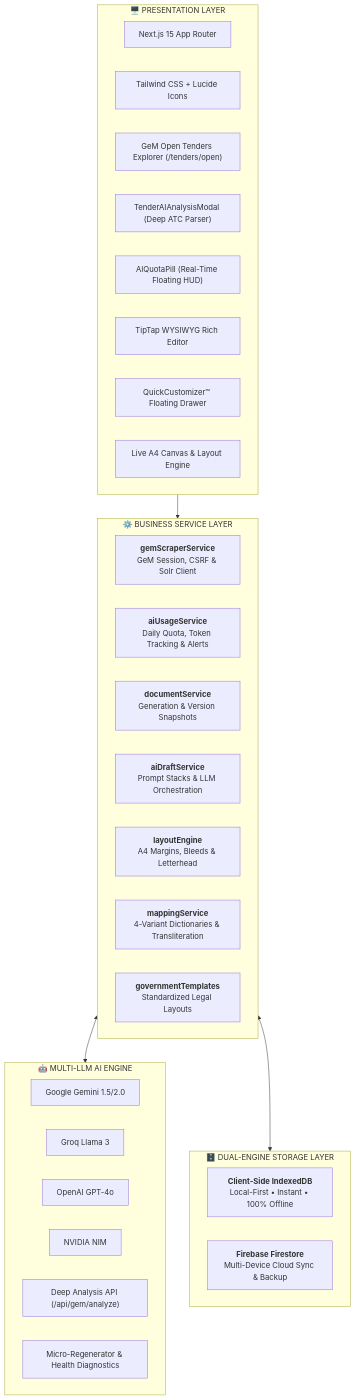
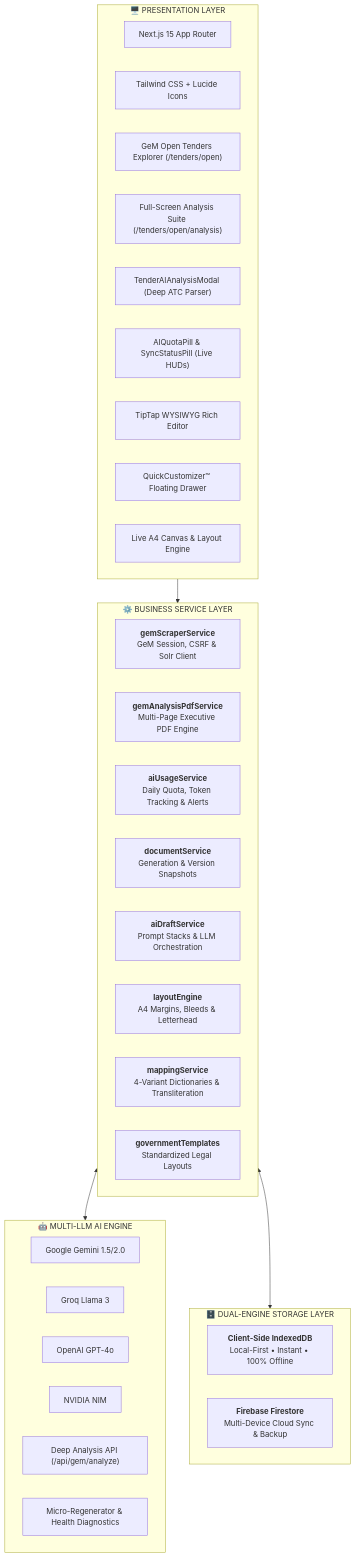
Before and after one commit to Magraa/TenderFlow-AI: the sixth of 9 diagrams in README.md, drawn with Mermaid. The commit also changed other lines of this file and 6 other files, not shown here.

Commit message:
feat: add multi-page executive PDF export engine and dedicated full-screen GeM analysis suite

````diff
--- a/README.md
+++ b/README.md
@@ -265,41 +268,43 @@
 ```mermaid
 graph TB
     subgraph UI ["🖥️ PRESENTATION LAYER"]
         P1["Next.js 15 App Router"]
         P2["Tailwind CSS + Lucide Icons"]
         P3["GeM Open Tenders Explorer (/tenders/open)"]
-        P4["TenderAIAnalysisModal (Deep ATC Parser)"]
-        P5["AIQuotaPill (Real-Time Floating HUD)"]
-        P6["TipTap WYSIWYG Rich Editor"]
-        P7["QuickCustomizer™ Floating Drawer"]
-        P8["Live A4 Canvas & Layout Engine"]
+        P4["Full-Screen Analysis Suite (/tenders/open/analysis)"]
+        P5["TenderAIAnalysisModal (Deep ATC Parser)"]
+        P6["AIQuotaPill & SyncStatusPill (Live HUDs)"]
+        P7["TipTap WYSIWYG Rich Editor"]
+        P8["QuickCustomizer™ Floating Drawer"]
+        P9["Live A4 Canvas & Layout Engine"]
     end
 
     subgraph SERVICES ["⚙️ BUSINESS SERVICE LAYER"]
         S1["<b>gemScraperService</b><br/>GeM Session, CSRF & Solr Client"]
-        S2["<b>aiUsageService</b><br/>Daily Quota, Token Tracking & Alerts"]
-        S3["<b>documentService</b><br/>Generation & Version Snapshots"]
-        S4["<b>aiDraftService</b><br/>Prompt Stacks & LLM Orchestration"]
-        S5["<b>layoutEngine</b><br/>A4 Margins, Bleeds & Letterhead"]
-        S6["<b>mappingService</b><br/>4-Variant Dictionaries & Transliteration"]
-        S7["<b>governmentTemplates</b><br/>Standardized Legal Layouts"]
+        S2["<b>gemAnalysisPdfService</b><br/>Multi-Page Executive PDF Engine"]
+        S3["<b>aiUsageService</b><br/>Daily Quota, Token Tracking & Alerts"]
+        S4["<b>documentService</b><br/>Generation & Version Snapshots"]
+        S5["<b>aiDraftService</b><br/>Prompt Stacks & LLM Orchestration"]
+        S6["<b>layoutEngine</b><br/>A4 Margins, Bleeds & Letterhead"]
+        S7["<b>mappingService</b><br/>4-Variant Dictionaries & Transliteration"]
+        S8["<b>governmentTemplates</b><br/>Standardized Legal Layouts"]
     end
 
     subgraph AI_LAYER ["🤖 MULTI-LLM AI ENGINE"]
         A1["Google Gemini 1.5/2.0"]
         A2["Groq Llama 3"]
         A3["OpenAI GPT-4o"]
         A4["NVIDIA NIM"]
         A5["Deep Analysis API (/api/gem/analyze)"]
         A6["Micro-Regenerator & Health Diagnostics"]
     end
 
     subgraph STORAGE ["🗄️ DUAL-ENGINE STORAGE LAYER"]
         DB1["<b>Client-Side IndexedDB</b><br/>Local-First • Instant • 100% Offline"]
         DB2["<b>Firebase Firestore</b><br/>Multi-Device Cloud Sync & Backup"]
     end
 
     UI --> SERVICES
     SERVICES <--> AI_LAYER
     SERVICES <--> STORAGE
 ```
````
